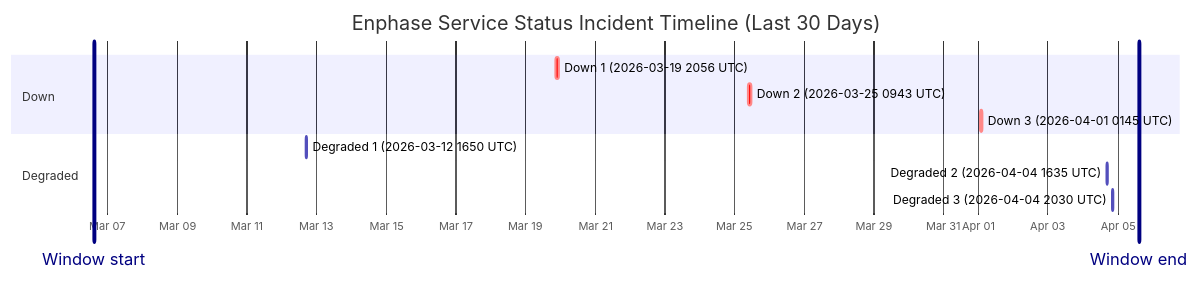
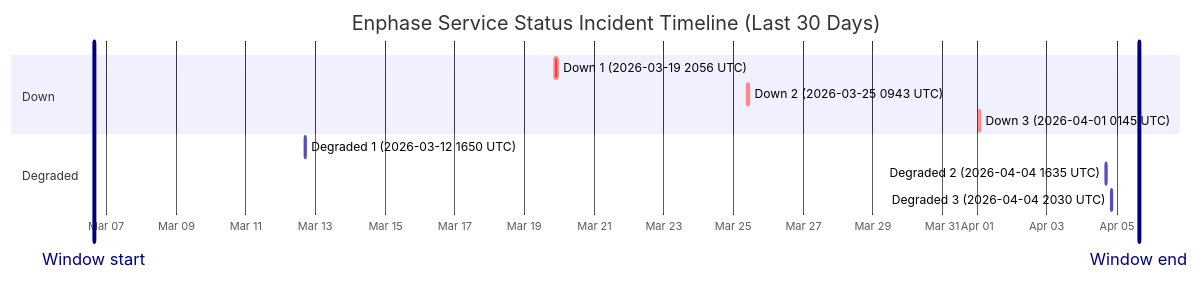
The diagram in wiki/Service-Status-History.md (barneyonline/ha-enphase-ev-charger), drawn with Mermaid before and after one commit. The commit also changed other lines of this file and 3 other files, not shown here.

````diff
--- a/wiki/Service-Status-History.md
+++ b/wiki/Service-Status-History.md
@@ -14,16 +14,16 @@
 ```mermaid
 gantt
     title Enphase Service Status Incident Timeline (Last 30 Days)
     dateFormat  YYYY-MM-DDTHH:mm:ss
     axisFormat  %b %d
-    Window start :vert, window-start, 2026-03-06T14:38:28, 0ms
-    Window end :vert, window-end, 2026-04-05T14:38:28, 0ms
+    Window start :vert, window-start, 2026-03-06T15:31:53, 0ms
+    Window end :vert, window-end, 2026-04-05T15:31:53, 0ms
     section Down
     Down 1 (2026-03-19 2056 UTC) :crit, down-1, 2026-03-19T20:56:20, 145m
     Down 2 (2026-03-25 0943 UTC) :crit, down-2, 2026-03-25T09:43:28, 111m
     Down 3 (2026-04-01 0145 UTC) :crit, down-3, 2026-04-01T01:45:09, 60m
     section Degraded
     Degraded 1 (2026-03-12 1650 UTC) :active, degraded-1, 2026-03-12T16:50:43, 60m
     Degraded 2 (2026-04-04 1635 UTC) :active, degraded-2, 2026-04-04T16:35:17, 60m
     Degraded 3 (2026-04-04 2030 UTC) :active, degraded-3, 2026-04-04T20:30:40, 60m
 ```
````
